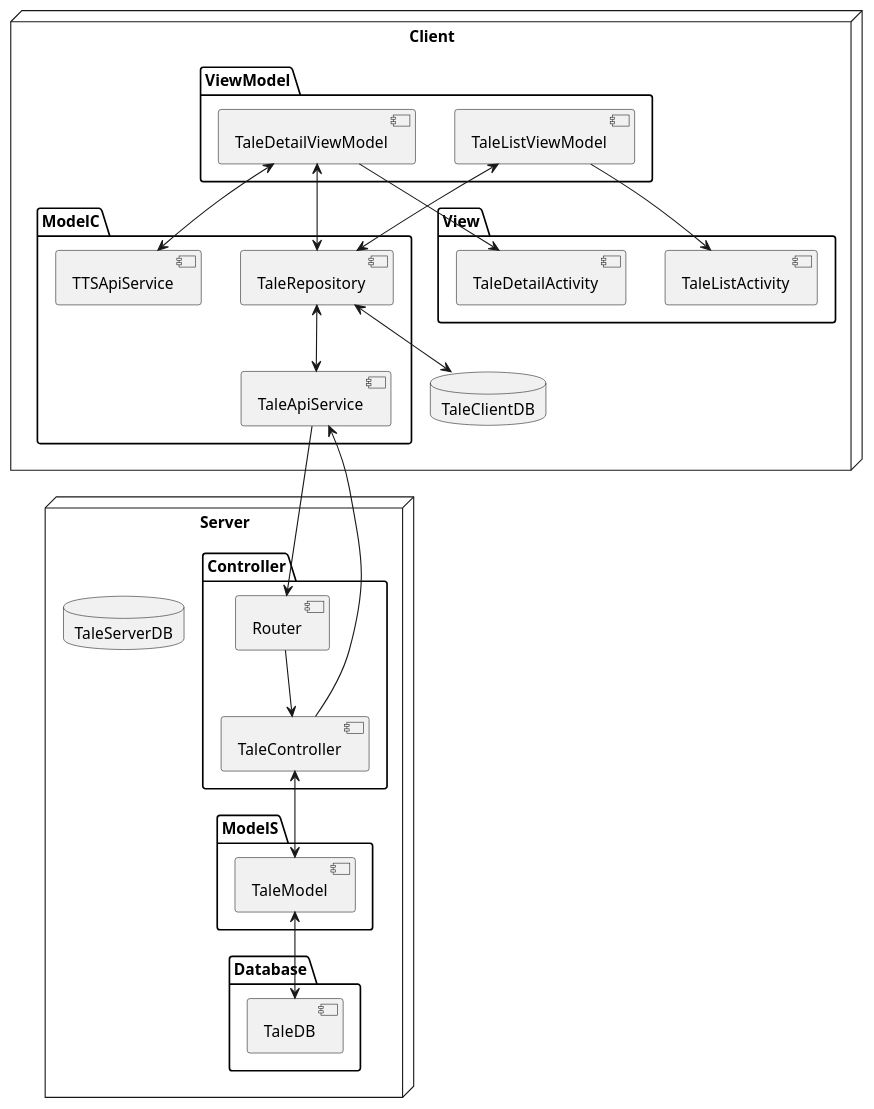
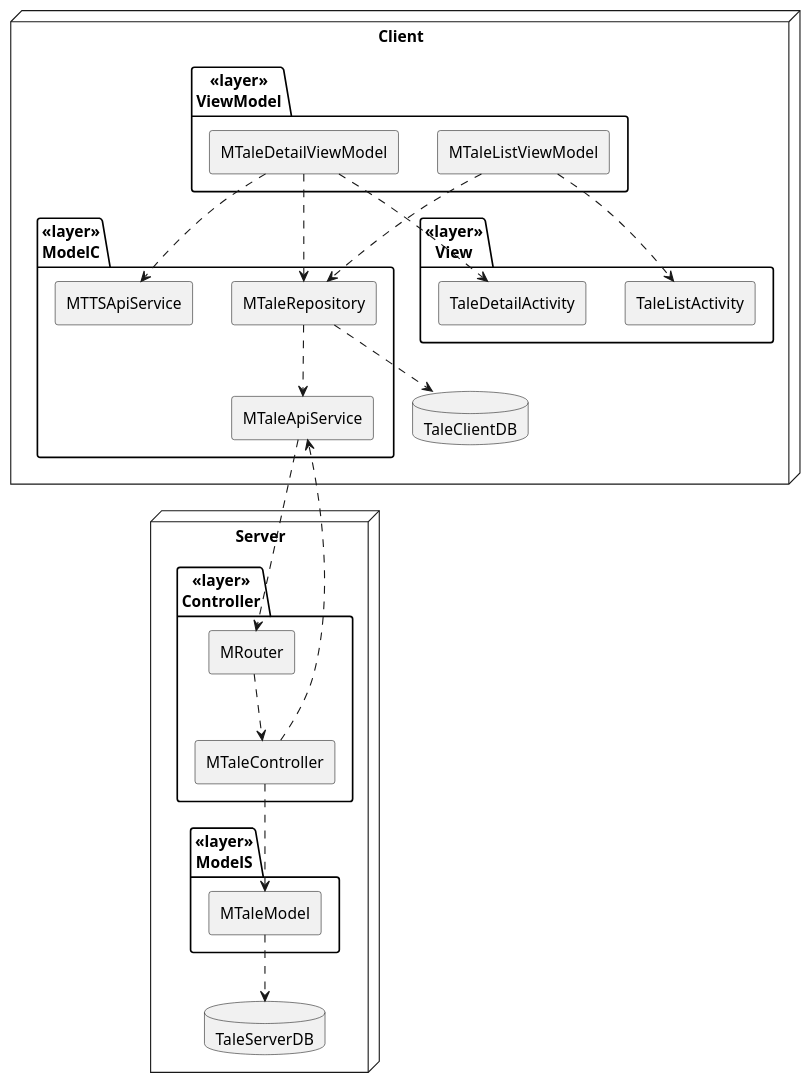
One commit to judy-juyeon-park/KTP522 changed the diagram in LV2_module.wsd. Above: the diagram before and after it, drawn with PlantUML. The commit also changed 4 other files, not shown here.

```diff
--- a/LV2_module.wsd
+++ b/LV2_module.wsd
@@ -1,63 +1,59 @@
 @startuml lv2_module
+skinparam componentStyle rectangle
 
 node Client{
-    package ModelC {
-        component TaleRepository
-        component TaleApiService
-        component TTSApiService
+    package <<layer>>\nModelC {
+        component MTaleRepository as TaleRepository
+        component MTaleApiService as TaleApiService
+        component MTTSApiService as TTSApiService
     }
 
-    package ViewModel {
-        component TaleListViewModel
-        component TaleDetailViewModel
+    package <<layer>>\nViewModel {
+        component MTaleListViewModel as TaleListViewModel
+        component MTaleDetailViewModel as TaleDetailViewModel
     }
 
-    package View {
+    package <<layer>>\nView {
         component TaleListActivity
         component TaleDetailActivity
     }
 
     database TaleClientDB
 }
 
 
 
 node Server {
 
-    package Controller {
-        component Router
-        component TaleController
+    package <<layer>>\nController {
+        component MRouter as Router
+        component MTaleController as TaleController
     }
 
-    package ModelS {
-        component TaleModel
-    }
-
-    package Database {
-        component TaleDB
+    package <<layer>>\nModelS {
+        component MTaleModel as TaleModel
     }
 
     database TaleServerDB
 }
 
+Router ..> TaleController
+TaleController ..> TaleModel
+TaleModel ..> TaleServerDB
 
-Router --> TaleController
-TaleController <--> TaleModel
-TaleModel <--> TaleDB
+TaleRepository ..> TaleClientDB
+TaleRepository ..> TaleApiService
+TaleDetailViewModel ..> TTSApiService
 
-TaleRepository <--> TaleClientDB
-TaleRepository <--> TaleApiService
-TaleDetailViewModel <-->TTSApiService
+TaleListViewModel ..> TaleRepository
+TaleDetailViewModel ..> TaleRepository
 
-TaleListViewModel <--> TaleRepository
-TaleDetailViewModel <--> TaleRepository
+TaleListViewModel ..> TaleListActivity
+TaleDetailViewModel ..> TaleDetailActivity
 
-TaleListViewModel --> TaleListActivity
-TaleDetailViewModel --> TaleDetailActivity
-
-TaleApiService --> Router
-TaleController --> TaleApiService
+TaleApiService ..> Router
+TaleController ..> TaleApiService
 
 
 
 @enduml
```
